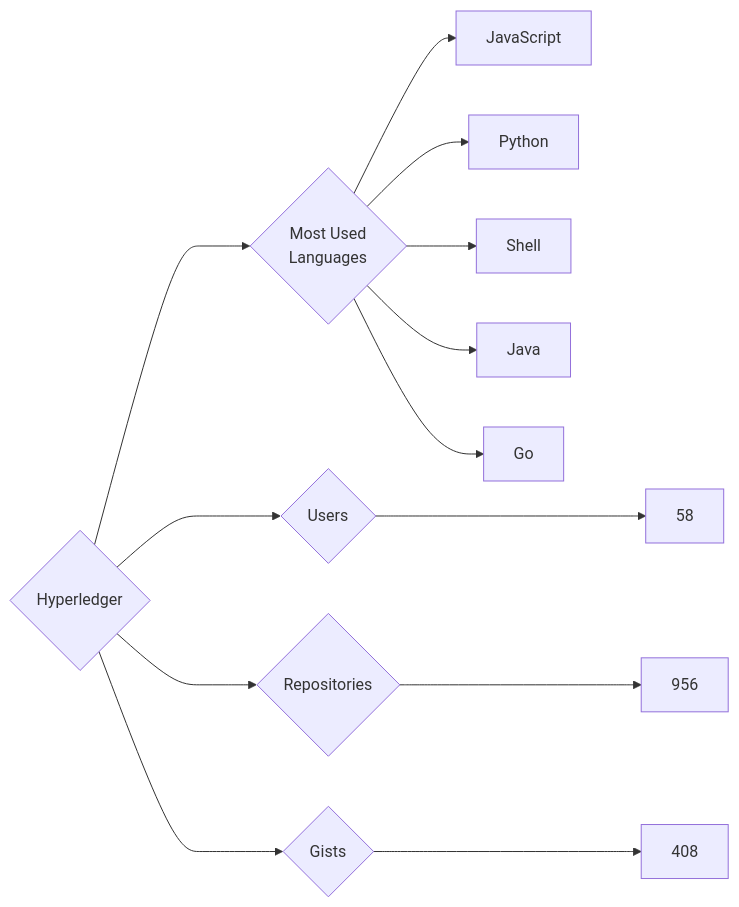
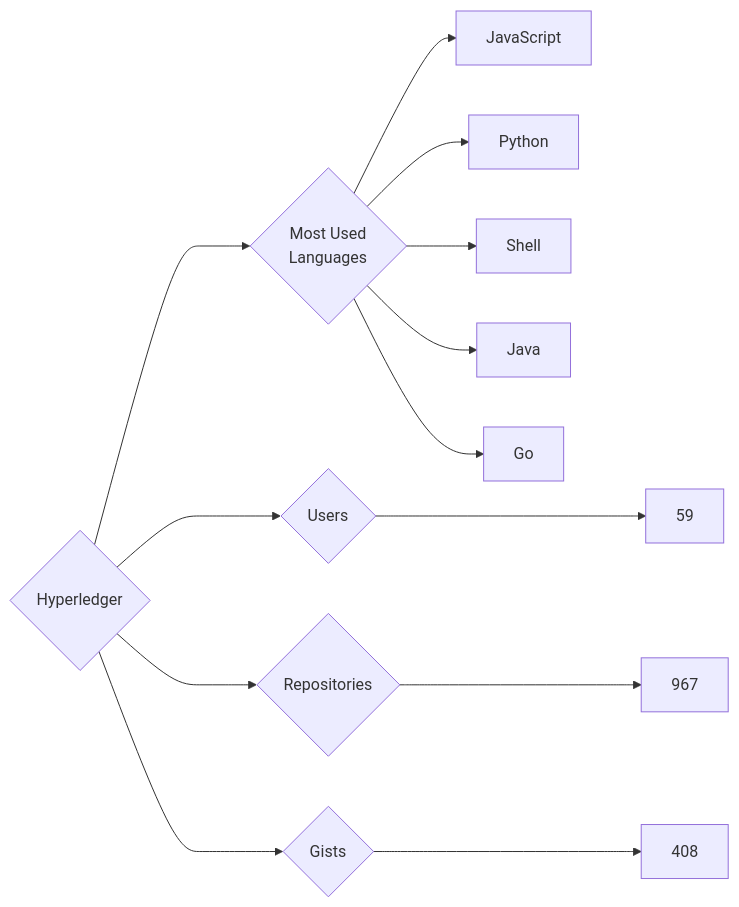
The diagram in targets/Hyperledger/README.md (trickest/insiders), drawn with Mermaid before and after one commit. The commit also changed 894 other files, not shown here.

````diff
--- a/targets/Hyperledger/README.md
+++ b/targets/Hyperledger/README.md
@@ -3,13 +3,13 @@
 ```mermaid
 graph LR
 COMPANY_NAME{Hyperledger}
-COMPANY_NAME ---> U{Users} ---> UN[58]
-COMPANY_NAME ---> R{Repositories} ---> RN[956]
+COMPANY_NAME ---> U{Users} ---> UN[59]
+COMPANY_NAME ---> R{Repositories} ---> RN[967]
 COMPANY_NAME ---> G{Gists} ---> GN[408]
 COMPANY_NAME ---> ML{Most Used<br>Languages}
 ML --> JavaScript[JavaScript]
 ML --> Python[Python]
 ML --> Shell[Shell]
 ML --> Java[Java]
 ML --> Go[Go]
 ```
````
